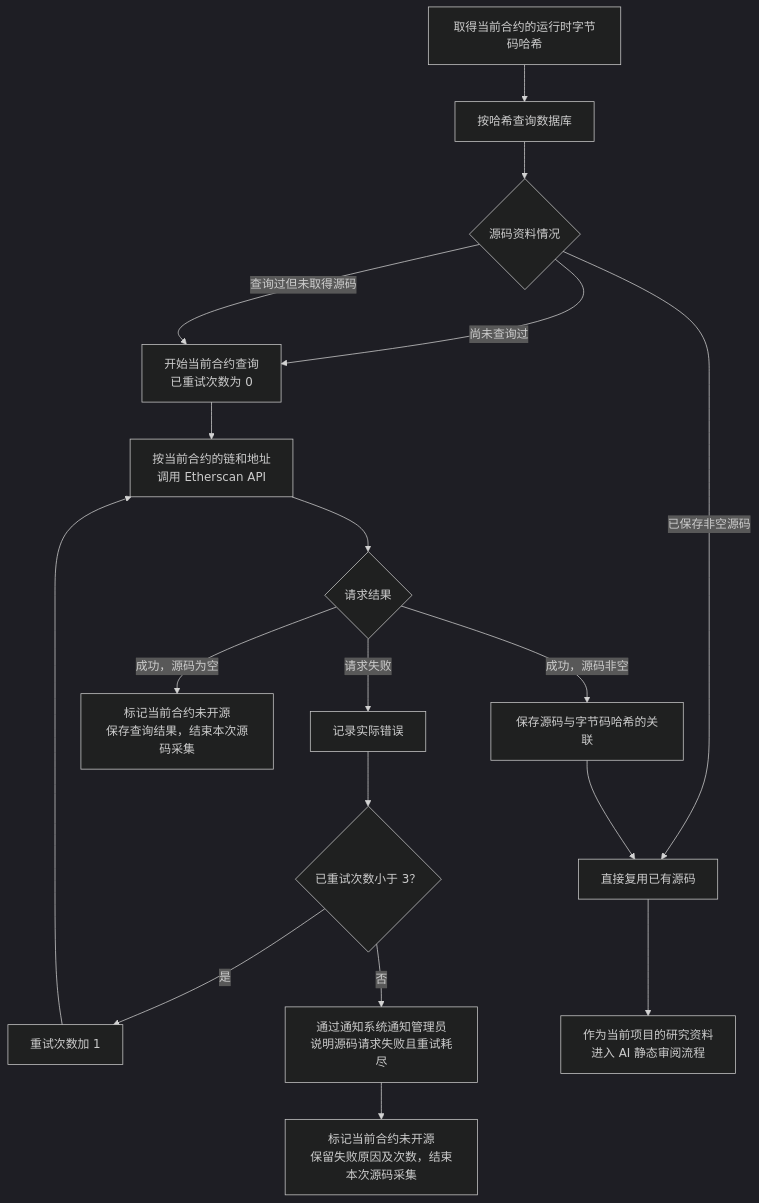
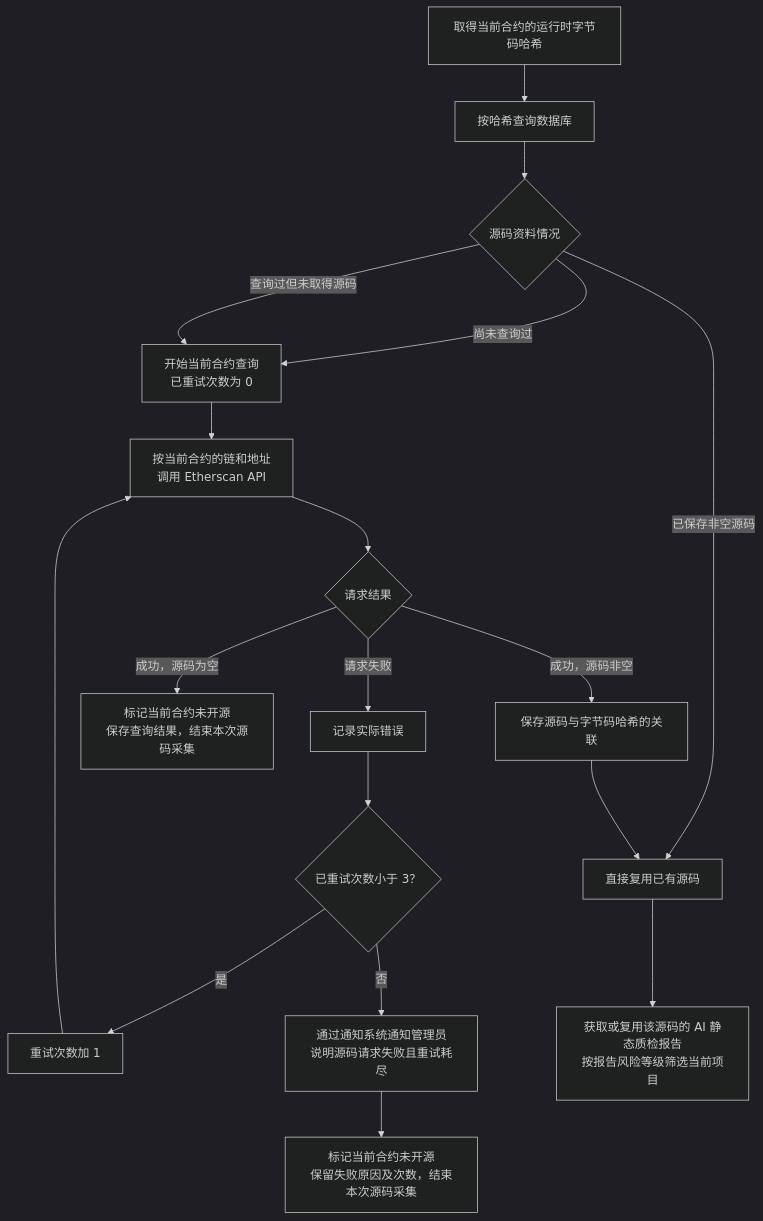
Before and after one commit to useryege/athena-o: the diagram in docs/project/token-contract-source-flow.md, drawn with Mermaid (dark theme). The commit also changed other lines of this file and 7 other files, not shown here.

````diff
--- a/docs/project/token-contract-source-flow.md
+++ b/docs/project/token-contract-source-flow.md
@@ -11,20 +11,20 @@
 ```mermaid
 flowchart TD
     A["取得当前合约的运行时字节码哈希"] --> B["按哈希查询数据库"]
     B --> C{"源码资料情况"}
     C -->|已保存非空源码| D["直接复用已有源码"]
     C -->|尚未查询过| R["开始当前合约查询<br/>已重试次数为 0"]
     C -->|查询过但未取得源码| R
     R --> E["按当前合约的链和地址<br/>调用 Etherscan API"]
     E --> G{"请求结果"}
     G -->|成功，源码非空| H["保存源码与字节码哈希的关联"]
     H --> D
     G -->|成功，源码为空| U["标记当前合约未开源<br/>保存查询结果，结束本次源码采集"]
     G -->|请求失败| I["记录实际错误"]
     I --> K{"已重试次数小于 3？"}
     K -->|是| L["重试次数加 1"]
     L --> E
     K -->|否| M["通过通知系统通知管理员<br/>说明源码请求失败且重试耗尽"]
     M --> V["标记当前合约未开源<br/>保留失败原因及次数，结束本次源码采集"]
-    D --> J["作为当前项目的研究资料<br/>进入 AI 静态审阅流程"]
+    D --> J["获取或复用该源码的 AI 静态质检报告<br/>按报告风险等级筛选当前项目"]
 ```
````
